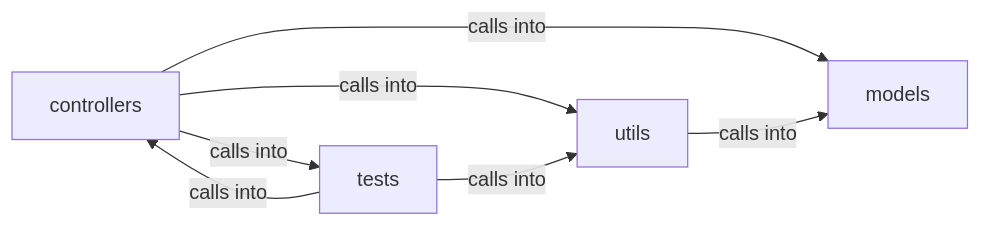
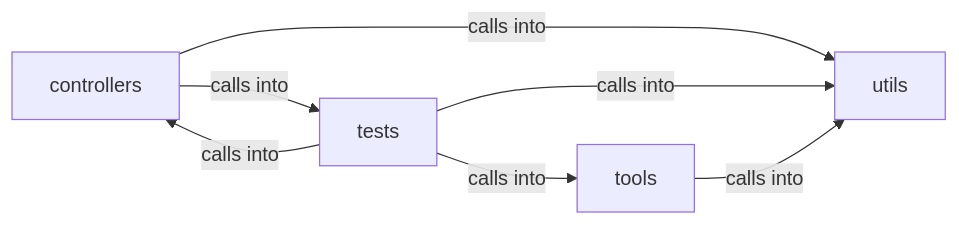
The diagram in readmenator-diagrams/utils.md (grisuno/QuantumVault), drawn with Mermaid before and after one commit. The commit also changed other lines of this file and 275 other files, not shown here.

````diff
--- a/readmenator-diagrams/utils.md
+++ b/readmenator-diagrams/utils.md
@@ -5,13 +5,13 @@
 ```mermaid
 graph LR
     controllers["controllers"]
-    models["models"]
     tests["tests"]
+    tools["tools"]
     utils["utils"]
-    controllers -- "calls into" --> models
     controllers -- "calls into" --> tests
     controllers -- "calls into" --> utils
     tests -- "calls into" --> controllers
+    tests -- "calls into" --> tools
     tests -- "calls into" --> utils
-    utils -- "calls into" --> models
+    tools -- "calls into" --> utils
 ```
````
